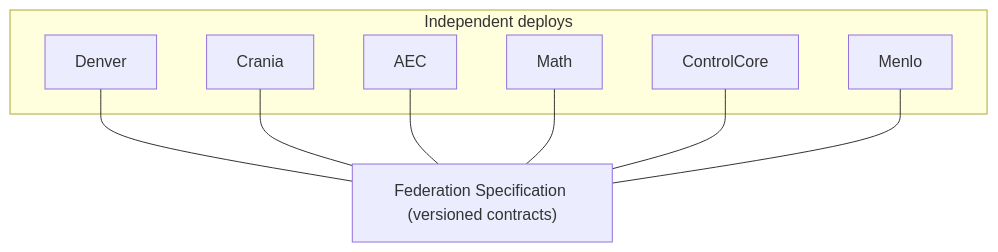
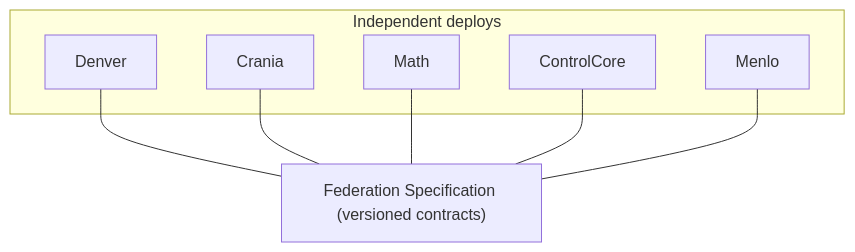
One commit to ral197979/jarvis-epc changed the sixth of 8 diagrams in REFERENCE_ARCHITECTURE.md. Above: the diagram before and after it, drawn with Mermaid. The commit also changed other lines of this file and 17 other files, not shown here.

````diff
--- a/REFERENCE_ARCHITECTURE.md
+++ b/REFERENCE_ARCHITECTURE.md
@@ -259,18 +255,16 @@
 ```mermaid
 flowchart TD
     subgraph Independent deploys
       d1[Denver] 
       d2[Crania]
-      d3[AEC]
       d4[Math]
       d5[ControlCore]
       d6[Menlo]
     end
     Contracts["Federation Specification (versioned contracts)"]
     d1 --- Contracts
     d2 --- Contracts
-    d3 --- Contracts
     d4 --- Contracts
     d5 --- Contracts
     d6 --- Contracts
 ```
````
